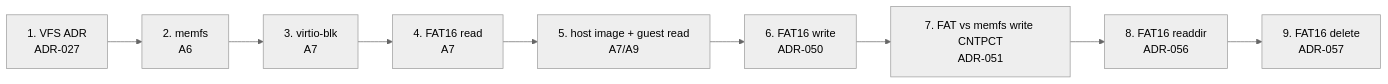
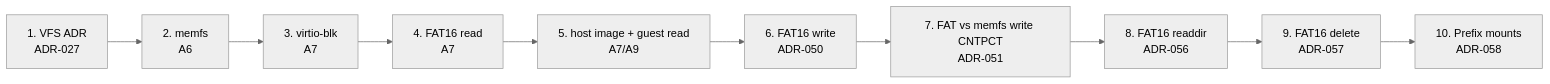
The second of 2 diagrams in docs/overview/filesystem.md (artofdream/ctos), drawn with Mermaid (neutral theme) before and after one commit. The commit also changed other lines of this file and 14 other files, not shown here.

First line of the commit message:
feat: thin VFS prefix mounts (ADR-058)

````diff
--- a/docs/overview/filesystem.md
+++ b/docs/overview/filesystem.md
@@ -40,11 +41,12 @@
 ```mermaid
 flowchart LR
   V["1. VFS ADR<br/>ADR-027"] --> M["2. memfs<br/>A6"]
   M --> B["3. virtio-blk<br/>A7"]
   B --> F["4. FAT16 read<br/>A7"]
   F --> H["5. host image + guest read<br/>A7/A9"]
   H --> W["6. FAT16 write<br/>ADR-050"]
   W --> P["7. FAT vs memfs write CNTPCT<br/>ADR-051"]
   P --> R["8. FAT16 readdir<br/>ADR-056"]
   R --> D["9. FAT16 delete<br/>ADR-057"]
+  D --> V2["10. Prefix mounts<br/>ADR-058"]
 ```
````
